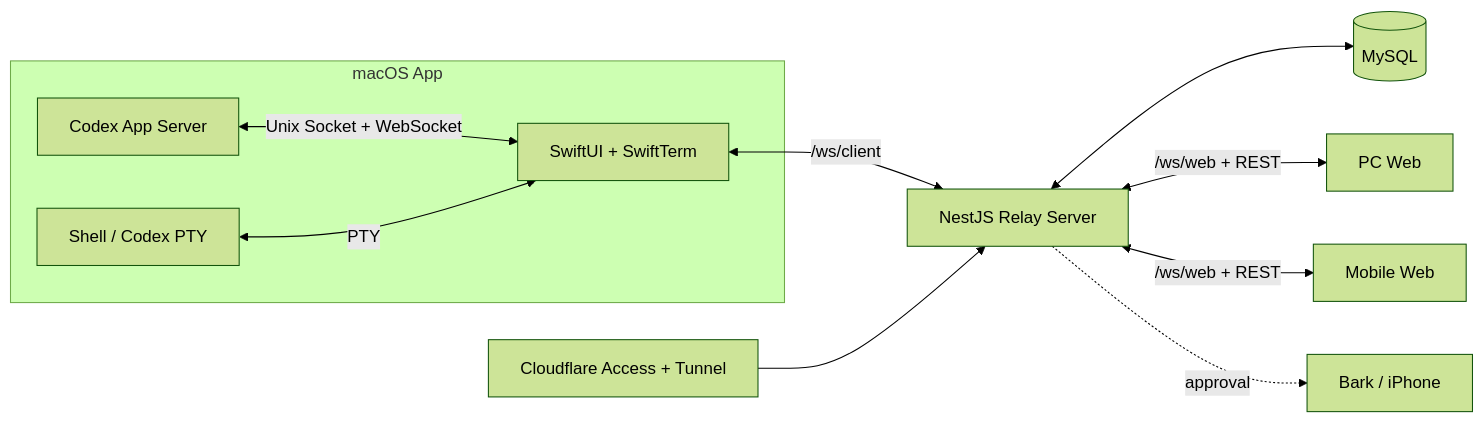
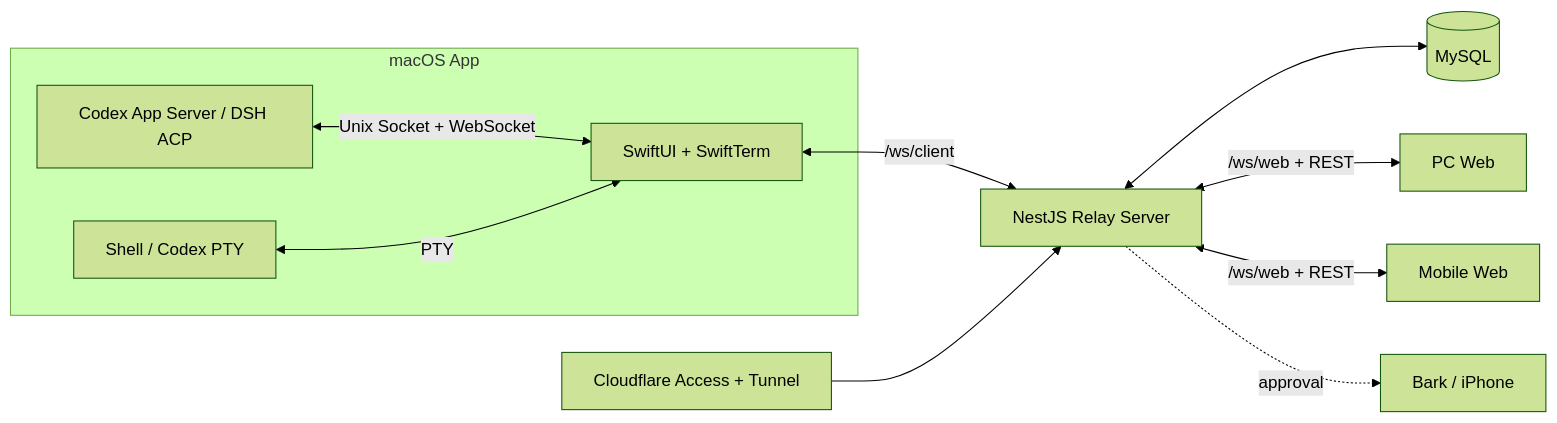
One commit to wangweijia/TermRelay changed the diagram in README.md. Above: the diagram before and after it, drawn with Mermaid (forest theme). The commit also changed other lines of this file and 12 other files, not shown here.

````diff
--- a/README.md
+++ b/README.md
@@ -71,17 +71,17 @@
 ```mermaid
 flowchart LR
     subgraph Mac[macOS App]
         PTY[Shell / Codex PTY]
-        ACP[Codex App Server]
+        ACP[Codex App Server / DSH ACP]
         UI[SwiftUI + SwiftTerm]
         ACP <-->|Unix Socket + WebSocket| UI
         PTY <-->|PTY| UI
     end
 
     UI <-->|/ws/client| Server[NestJS Relay Server]
     Server <--> DB[(MySQL)]
     Server <-->|/ws/web + REST| Desktop[PC Web]
     Server <-->|/ws/web + REST| Mobile[Mobile Web]
     Server -. approval .-> Bark[Bark / iPhone]
     Access[Cloudflare Access + Tunnel] --> Server
 ```
````
